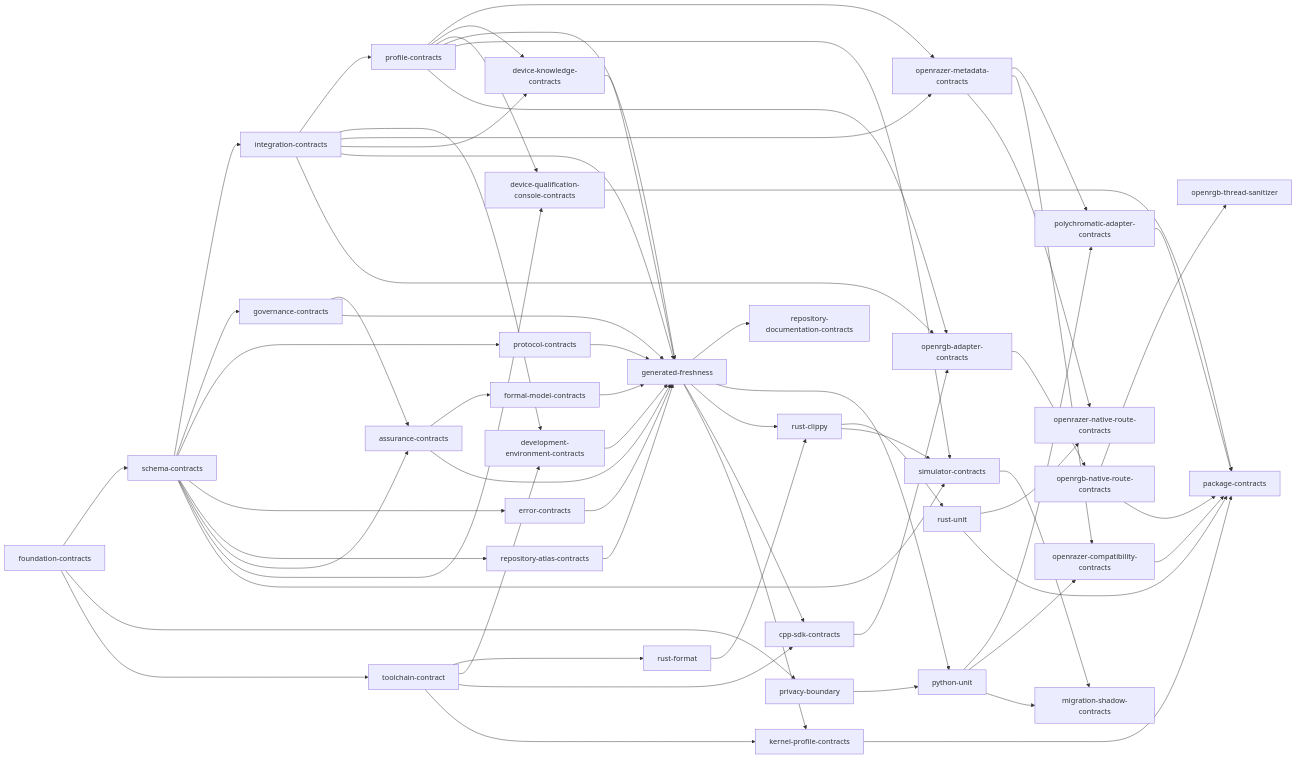
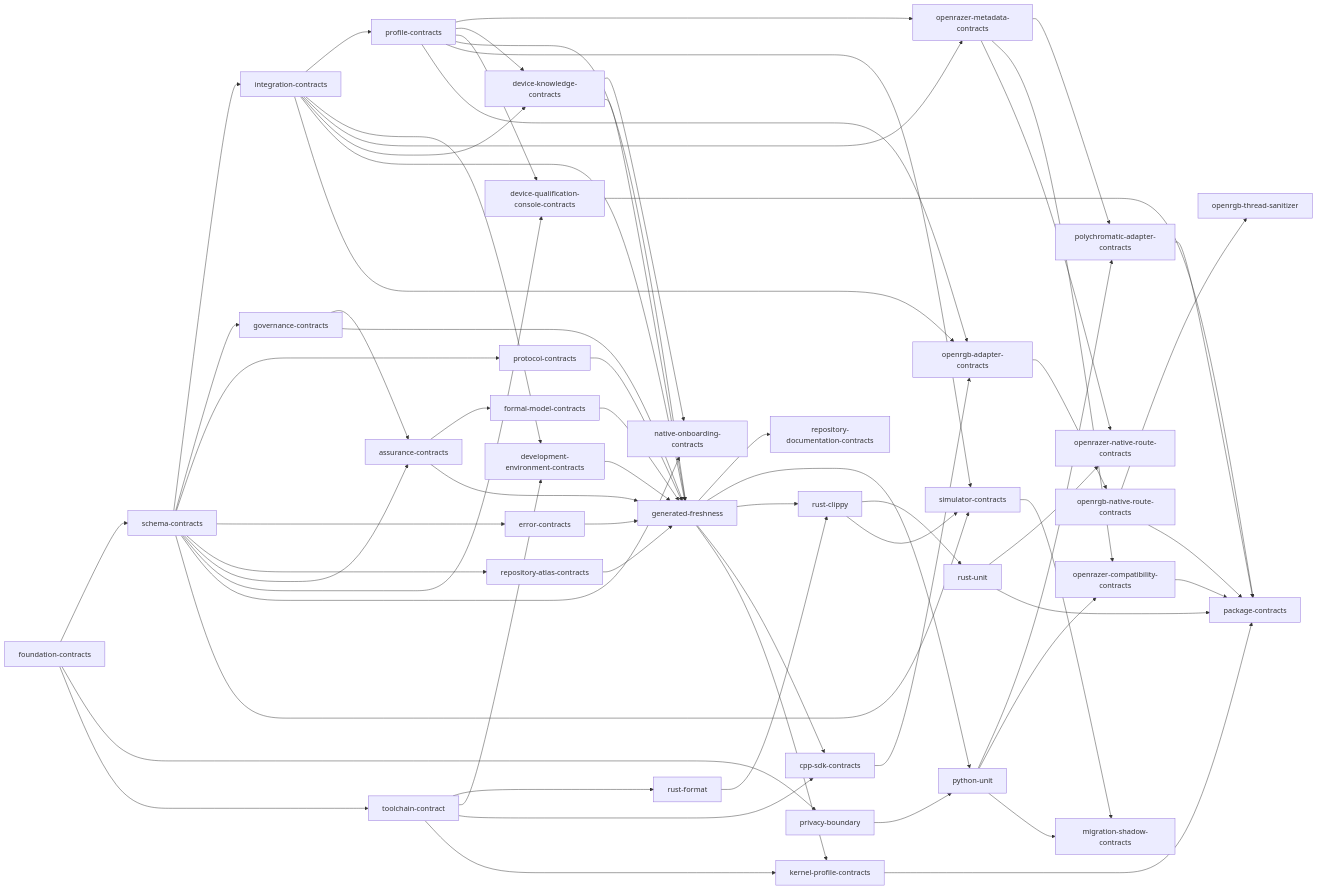
One commit to offalexjackson777-stack/hyperflux-next changed the diagram in docs/generated/verification.md. Above: the diagram before and after it, drawn with Mermaid. The commit also changed other lines of this file and 48 other files, not shown here.

Commit message:
feat: add declarative native device onboarding

```diff
--- a/docs/generated/verification.md
+++ b/docs/generated/verification.md
@@ -62,6 +63,7 @@
     openrazer_metadata_contracts["openrazer-metadata-contracts"]
     device_knowledge_contracts["device-knowledge-contracts"]
     device_qualification_console_contracts["device-qualification-console-contracts"]
+    native_onboarding_contracts["native-onboarding-contracts"]
     generated_freshness["generated-freshness"]
     repository_documentation_contracts["repository-documentation-contracts"]
     python_unit["python-unit"]
@@ -99,6 +101,8 @@
     profile_contracts --> device_knowledge_contracts
     schema_contracts --> device_qualification_console_contracts
     profile_contracts --> device_qualification_console_contracts
+    schema_contracts --> native_onboarding_contracts
+    device_knowledge_contracts --> native_onboarding_contracts
     profile_contracts --> generated_freshness
     device_knowledge_contracts --> generated_freshness
     protocol_contracts --> generated_freshness
```
